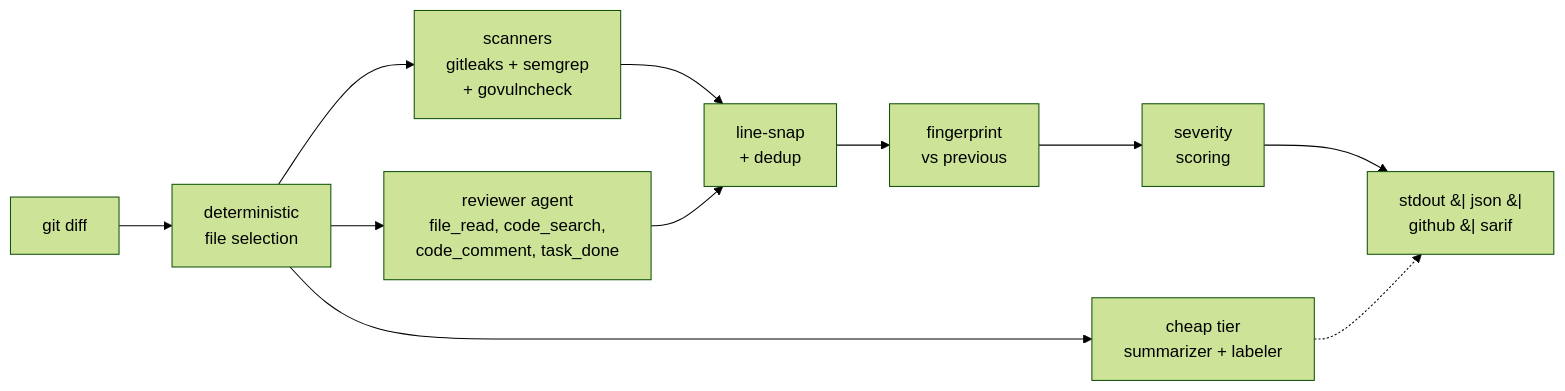
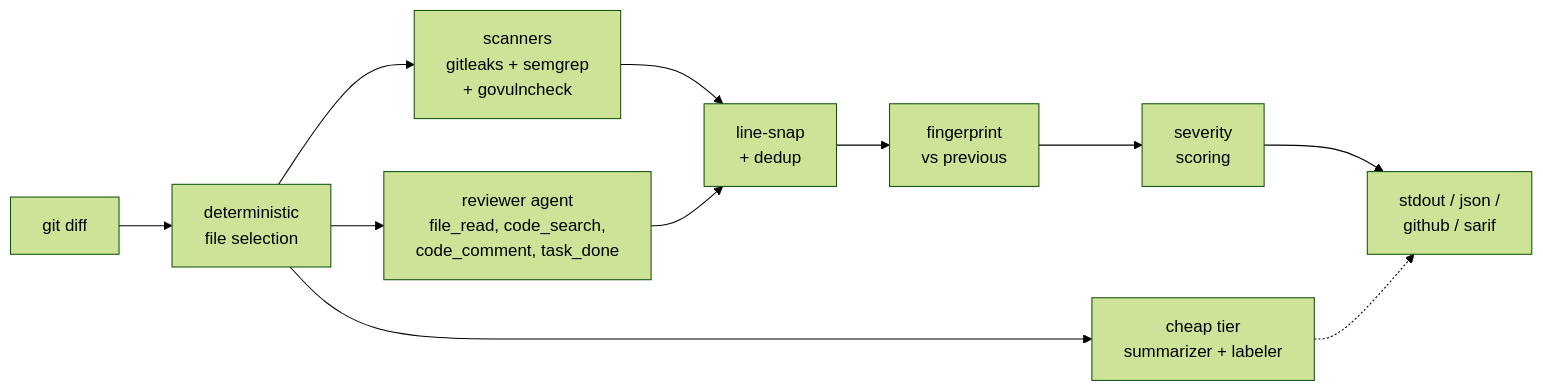
One commit to shubam-disseqt/shubam-ai-code-reviewer changed the diagram in README.md. Above: the diagram before and after it, drawn with Mermaid (forest theme). The commit also changed 3 other files, not shown here.

First line of the commit message:
feat(review): add Mermaid PR-flow diagram to the description block

````diff
--- a/README.md
+++ b/README.md
@@ -38,13 +38,13 @@
 ```mermaid
 flowchart LR
   A[git diff] --> B[deterministic<br/>file selection]
   B --> C[scanners<br/>gitleaks + semgrep<br/>+ govulncheck]
   B --> D[cheap tier<br/>summarizer + labeler]
   B --> E[reviewer agent<br/>file_read, code_search,<br/>code_comment, task_done]
   C --> F[line-snap<br/>+ dedup]
   E --> F
   F --> G[fingerprint<br/>vs previous]
   G --> H[severity<br/>scoring]
-  H --> I[stdout &#124; json &#124;<br/>github &#124; sarif]
+  H --> I[stdout / json /<br/>github / sarif]
   D -.-> I
 ```
````
